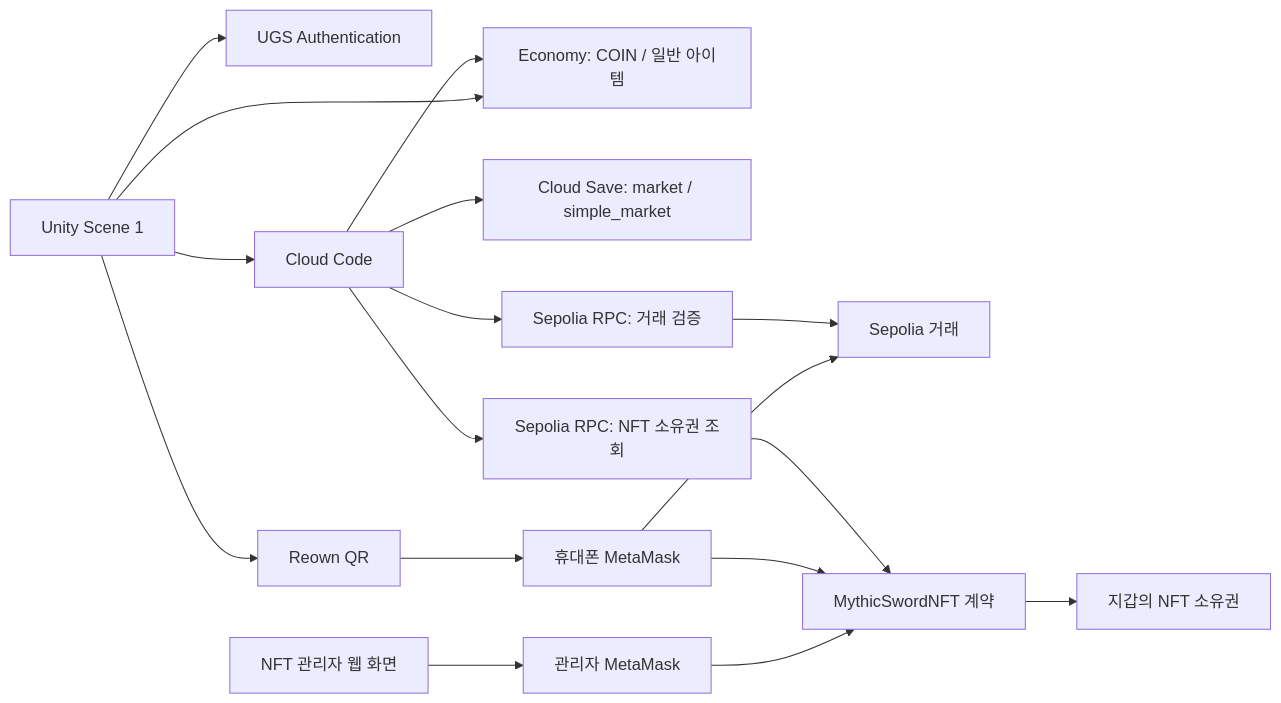
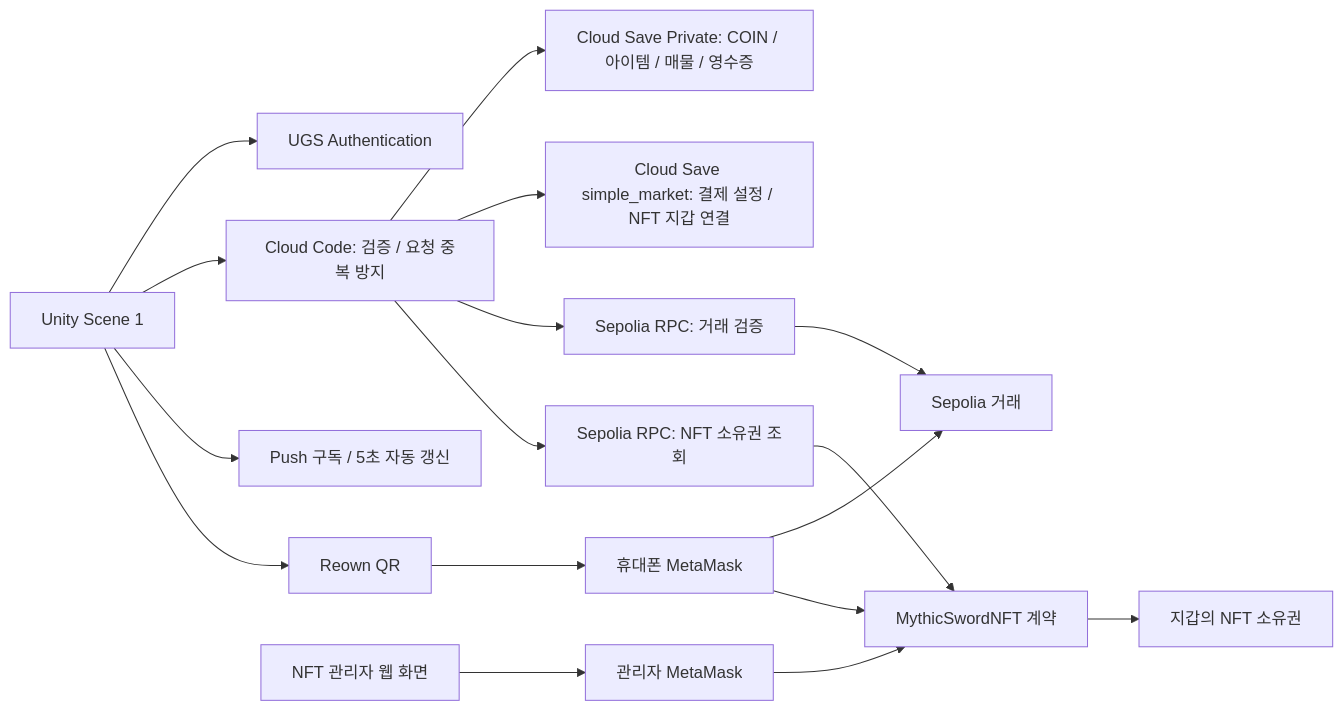
The diagram in README.md (ikhong0303/UGSMarketwithSepoliaETH), drawn with Mermaid before and after one commit. The commit also changed other lines of this file and 54 other files, not shown here.

````diff
--- a/README.md
+++ b/README.md
@@ -136,19 +153,19 @@
 ```mermaid
 flowchart LR
     U[Unity Scene 1] --> A[UGS Authentication]
-    U --> E[Economy: COIN / 일반 아이템]
-    U --> C[Cloud Code]
-    C --> S[Cloud Save: market / simple_market]
-    C --> E
+    U --> C[Cloud Code: 검증 / 요청 중복 방지]
+    C --> E[Cloud Save Private: COIN / 아이템 / 매물 / 영수증]
+    C --> S[Cloud Save simple_market: 결제 설정 / NFT 지갑 연결]
+    U --> P[Push 구독 / 5초 자동 갱신]
     U --> R[Reown QR]
     R --> M[휴대폰 MetaMask]
     M --> B[Sepolia 거래]
     C --> RPC[Sepolia RPC: 거래 검증]
     RPC --> B
     C --> NRPC[Sepolia RPC: NFT 소유권 조회]
     W[NFT 관리자 웹 화면] --> AM[관리자 MetaMask]
     AM --> N[MythicSwordNFT 계약]
     M --> N
     N --> O[지갑의 NFT 소유권]
     NRPC --> N
 ```
````
